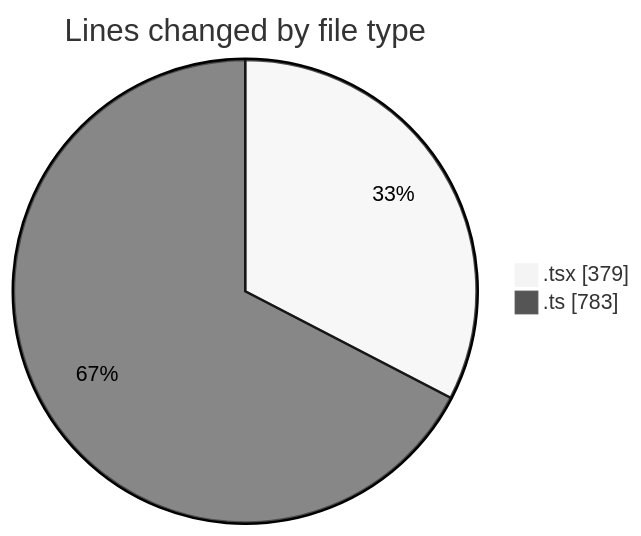
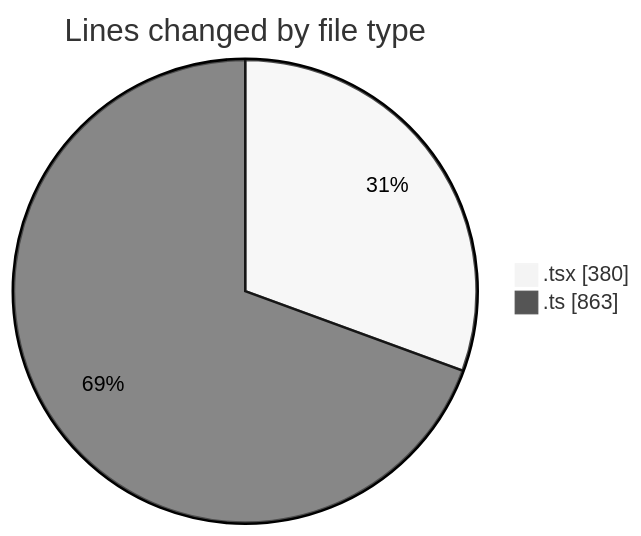
The first of 2 diagrams in 2025-09-05/hiai-phf/README.md (lephambinh05/code-tracking), drawn with Mermaid (neutral theme) before and after one commit. The commit also changed other lines of this file and 1 other file, not shown here.

````diff
--- a/2025-09-05/hiai-phf/README.md
+++ b/2025-09-05/hiai-phf/README.md
@@ -30,6 +31,6 @@
 ```mermaid
 pie showData
 title Lines changed by file type
-".tsx" : 379
-".ts" : 783
+".tsx" : 380
+".ts" : 863
 ```
````
